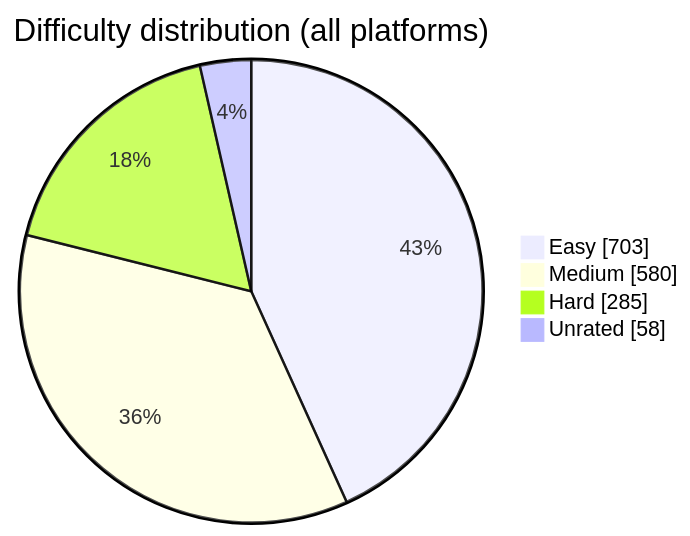
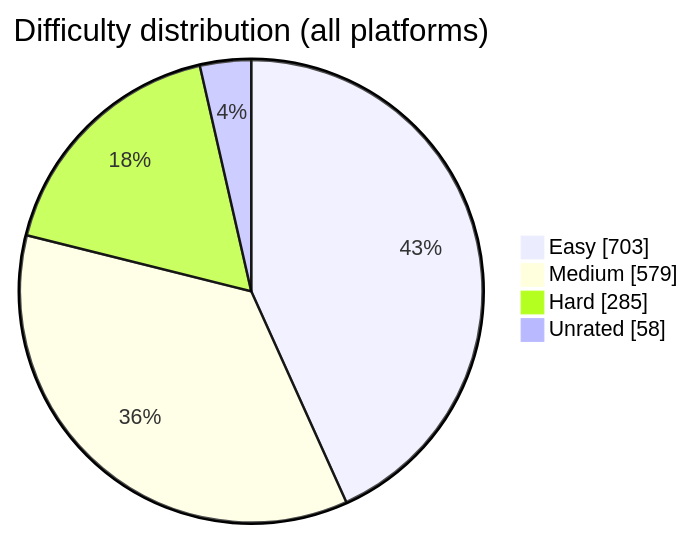
One commit to BuildbyArindam/Daily-Coding-Log changed the diagram in README.md. Above: the diagram before and after it, drawn with Mermaid. The commit also changed other lines of this file, not shown here.

````diff
--- a/README.md
+++ b/README.md
@@ -93,7 +93,7 @@
 ```mermaid
 pie showData title Difficulty distribution (all platforms)
     "Easy" : 703
-    "Medium" : 580
+    "Medium" : 579
     "Hard" : 285
     "Unrated" : 58
 ```
````
